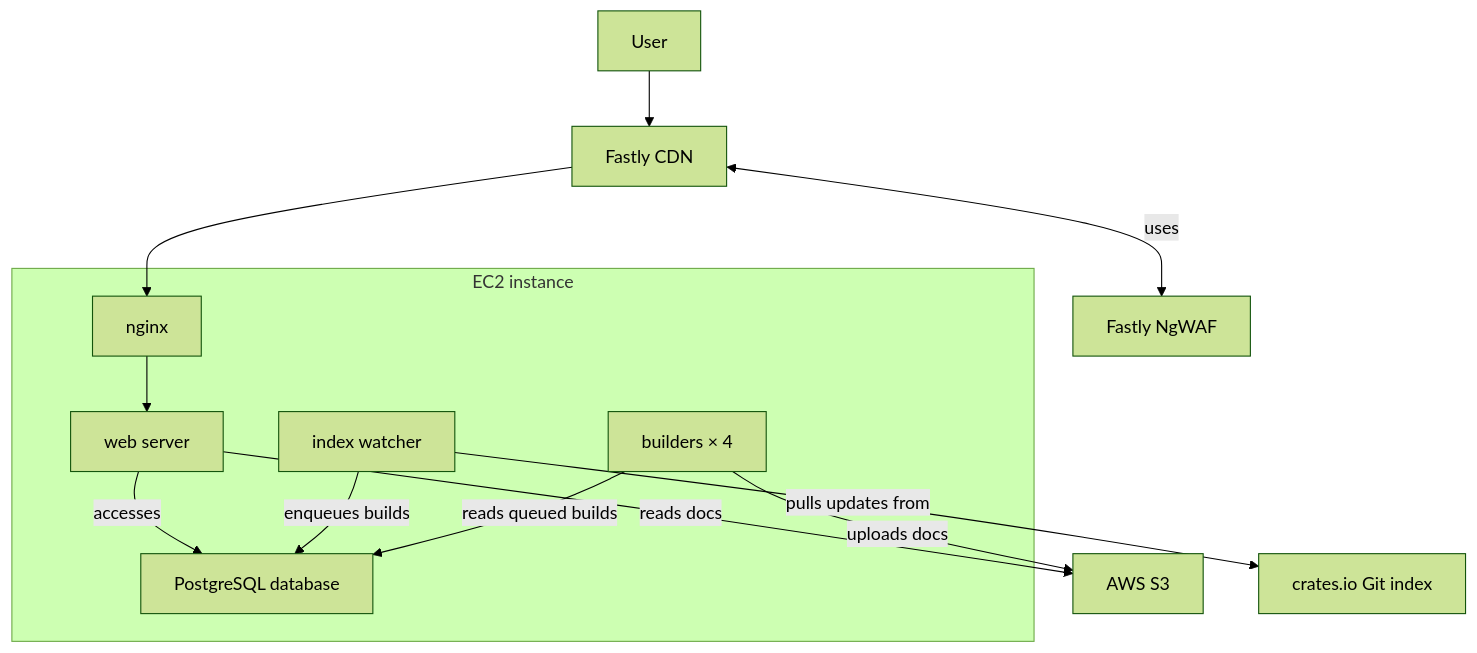
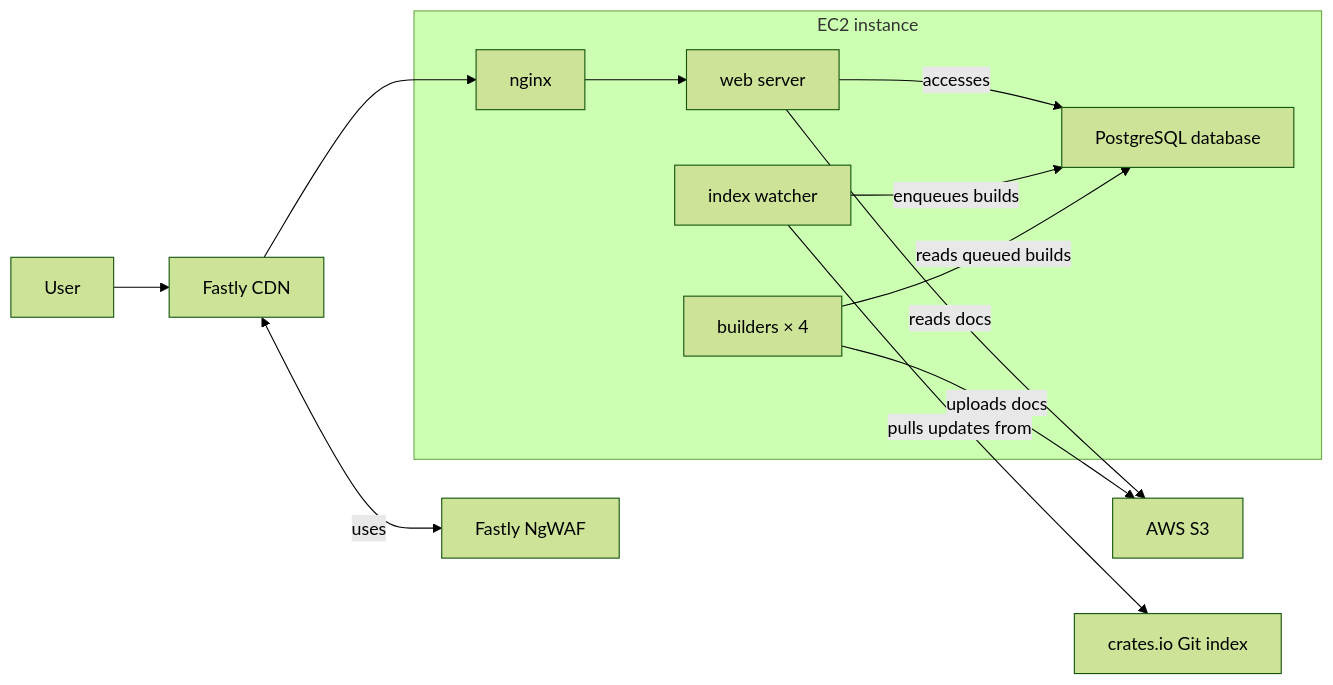
Before and after one commit to rust-lang/docs.rs: the diagram in docs/src/infrastructure/legacy.md, drawn with Mermaid (forest theme).

````diff
--- a/docs/src/infrastructure/legacy.md
+++ b/docs/src/infrastructure/legacy.md
@@ -5,17 +5,17 @@
 ```mermaid
-flowchart TD
+flowchart LR
   user[User] --> fastly[Fastly CDN]
   fastly <--> |uses| ngwaf[Fastly NgWAF]
 
   subgraph ec2[EC2 instance]
     nginx[nginx] --> web[web server] --> |accesses| psql[PostgreSQL database]
     watcher[index watcher] --> |enqueues builds| psql
     builder[builders × 4] --> |reads queued builds| psql
   end
 
   fastly --> nginx
   web -->|reads docs| s3[AWS S3]
   builder --> |uploads docs| s3
 
   watcher --> |pulls updates from| index[crates.io Git index]
 ```
````
